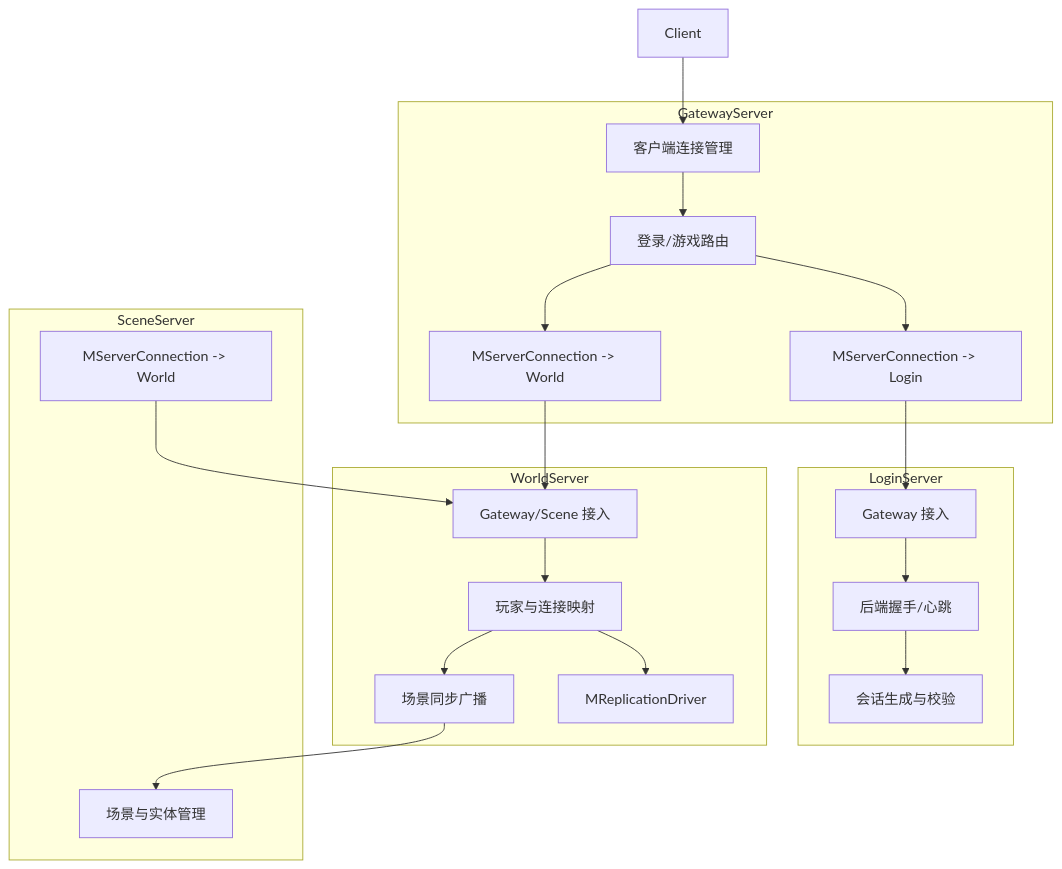
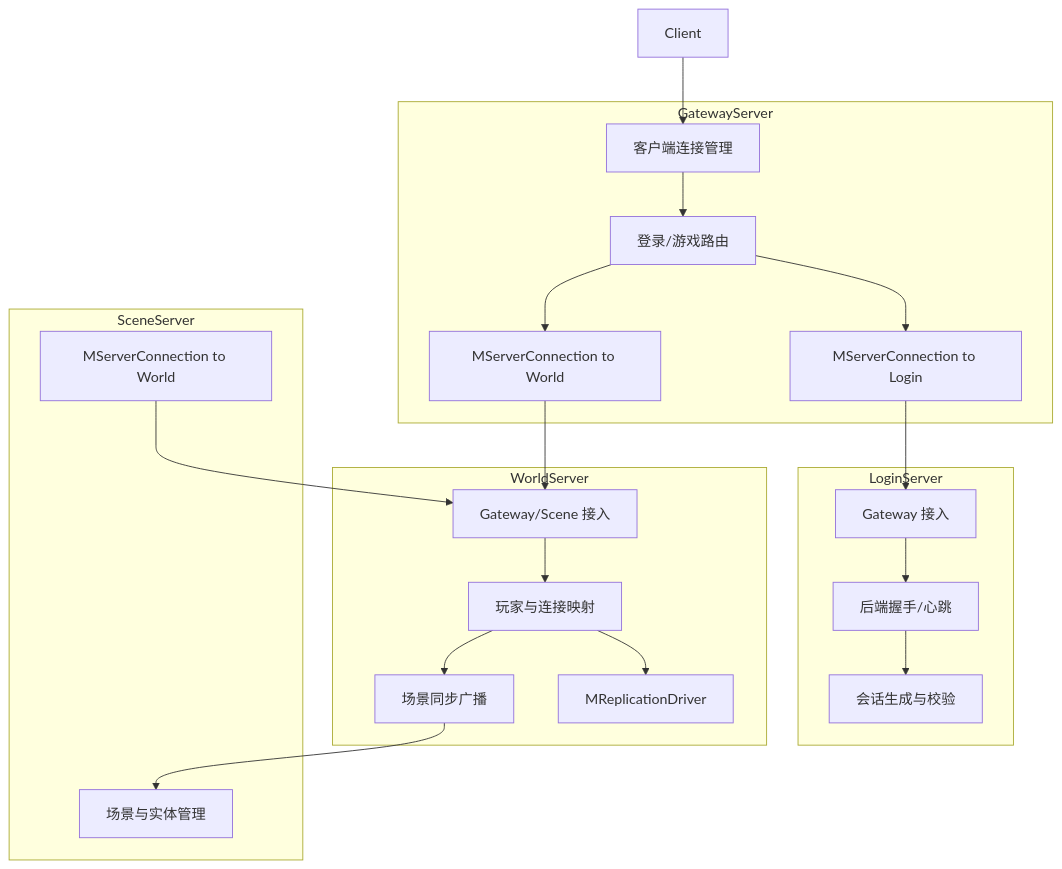
The second of 7 diagrams in README.md (lz1287209575/Mession), drawn with Mermaid before and after one commit. The commit also changed other lines of this file, not shown here.

First line of the commit message:
Fix Mermaid compatibility in README diagrams.

````diff
--- a/README.md
+++ b/README.md
@@ -66,46 +66,46 @@
 ```mermaid
 flowchart TB
     Client[Client]
 
     subgraph GatewayServer
         GConn[客户端连接管理]
         GRoute[登录/游戏路由]
-        GLoginLink[MServerConnection -> Login]
-        GWorldLink[MServerConnection -> World]
+        GLoginLink[MServerConnection to Login]
+        GWorldLink[MServerConnection to World]
     end
 
     subgraph LoginServer
         LAccept[Gateway 接入]
         LAuth[后端握手/心跳]
         LSession[会话生成与校验]
     end
 
     subgraph WorldServer
         WAccept[Gateway/Scene 接入]
         WPlayer[玩家与连接映射]
         WRep[MReplicationDriver]
         WSceneSync[场景同步广播]
     end
 
     subgraph SceneServer
-        SLink[MServerConnection -> World]
+        SLink[MServerConnection to World]
         SScene[场景与实体管理]
     end
 
     Client --> GConn
     GConn --> GRoute
     GRoute --> GLoginLink
     GRoute --> GWorldLink
 
     GLoginLink --> LAccept
     LAccept --> LAuth
     LAuth --> LSession
 
     GWorldLink --> WAccept
     WAccept --> WPlayer
     WPlayer --> WRep
     WPlayer --> WSceneSync
 
     SLink --> WAccept
     WSceneSync --> SScene
 ```
````
